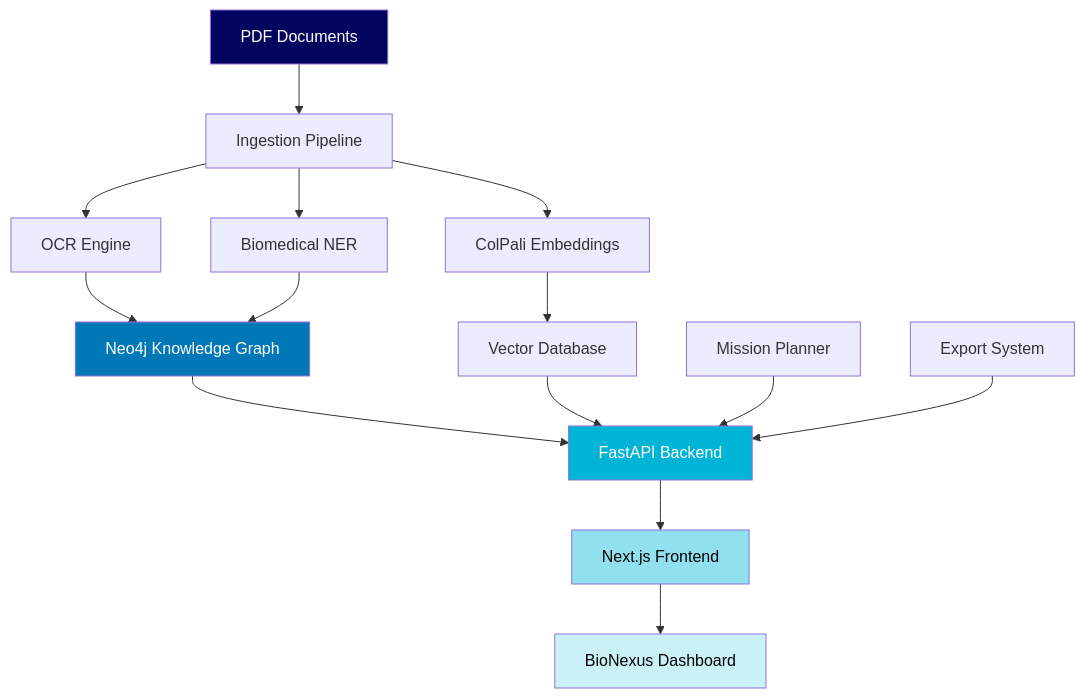
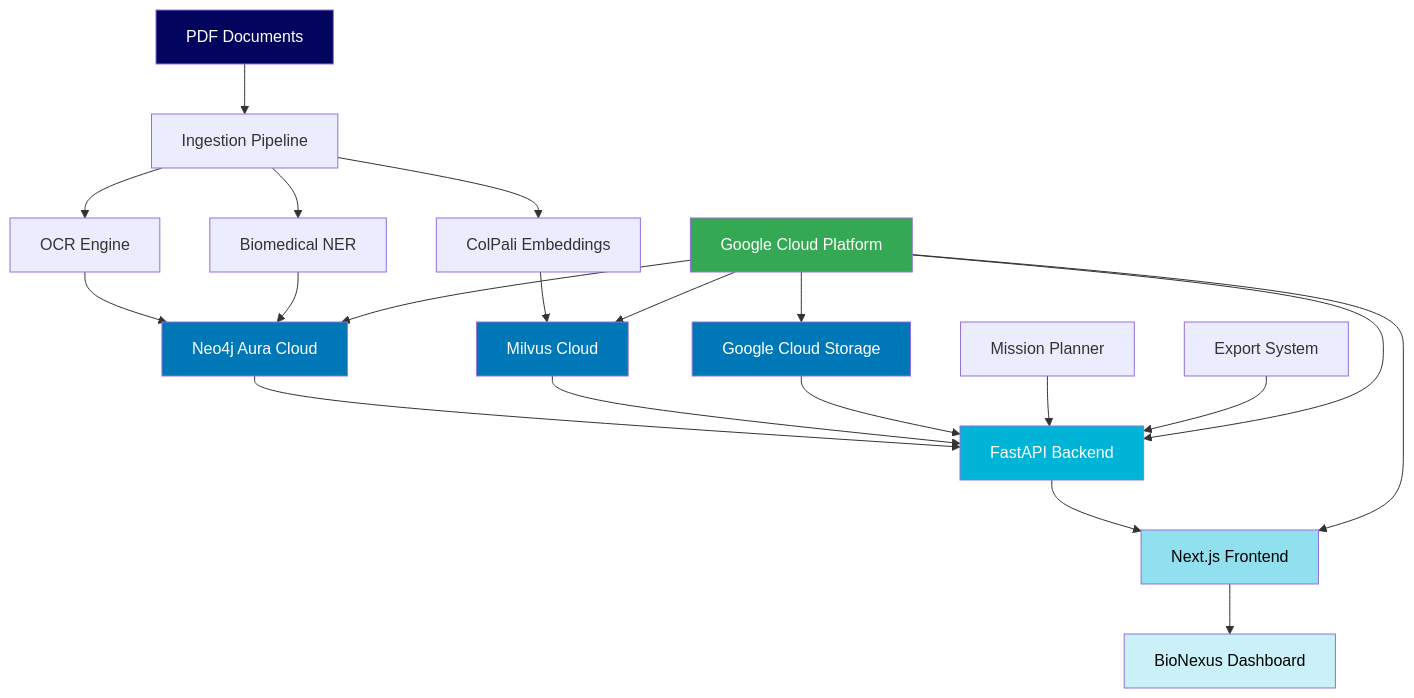
Before and after one commit to CypherKingdom/BioNexus: the diagram in README.md, drawn with Mermaid. The commit also changed other lines of this file and 60 other files, not shown here.

````diff
--- a/README.md
+++ b/README.md
@@ -52,26 +52,36 @@
 ```mermaid
 graph TB
     A[PDF Documents] --> B[Ingestion Pipeline]
     B --> C[OCR Engine]
     B --> D[ColPali Embeddings]
     B --> E[Biomedical NER]
     
-    C --> F[Neo4j Knowledge Graph]
-    D --> G[Vector Database]
+    C --> F[Neo4j Aura Cloud]
+    D --> G[Milvus Cloud]
     E --> F
     
     F --> H[FastAPI Backend]
     G --> H
+    N[Google Cloud Storage] --> H
     
     H --> I[Next.js Frontend]
     I --> J[BioNexus Dashboard]
     
     K[Mission Planner] --> H
     L[Export System] --> H
     
+    M[Google Cloud Platform] --> F
+    M --> G  
+    M --> N
+    M --> H
+    M --> I
+    
     style A fill:#03045e,color:#fff
     style F fill:#0077b6,color:#fff  
+    style G fill:#0077b6,color:#fff
+    style N fill:#0077b6,color:#fff
     style H fill:#00b4d8,color:#fff
     style I fill:#90e0ef,color:#000
     style J fill:#caf0f8,color:#000
+    style M fill:#34a853,color:#fff
 ```
````
